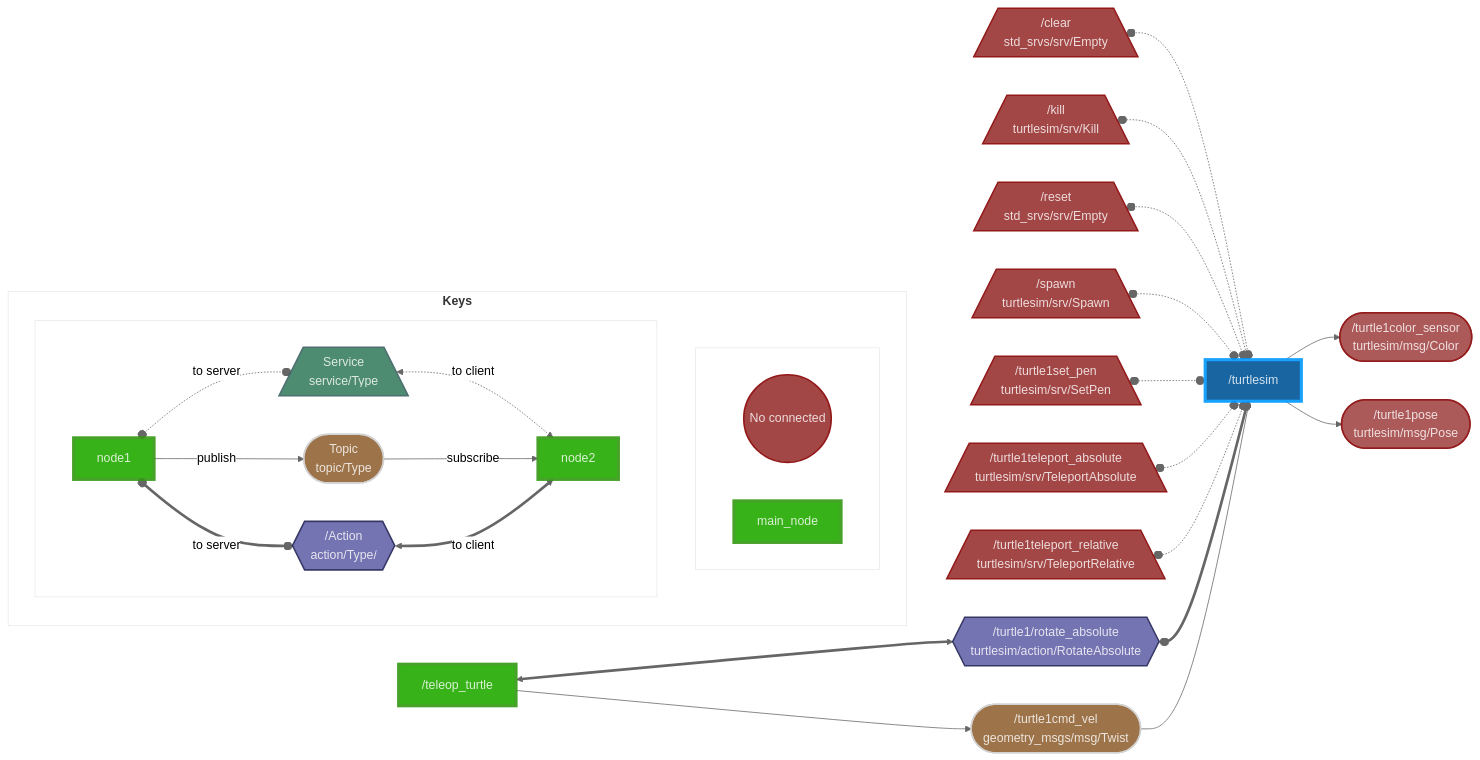
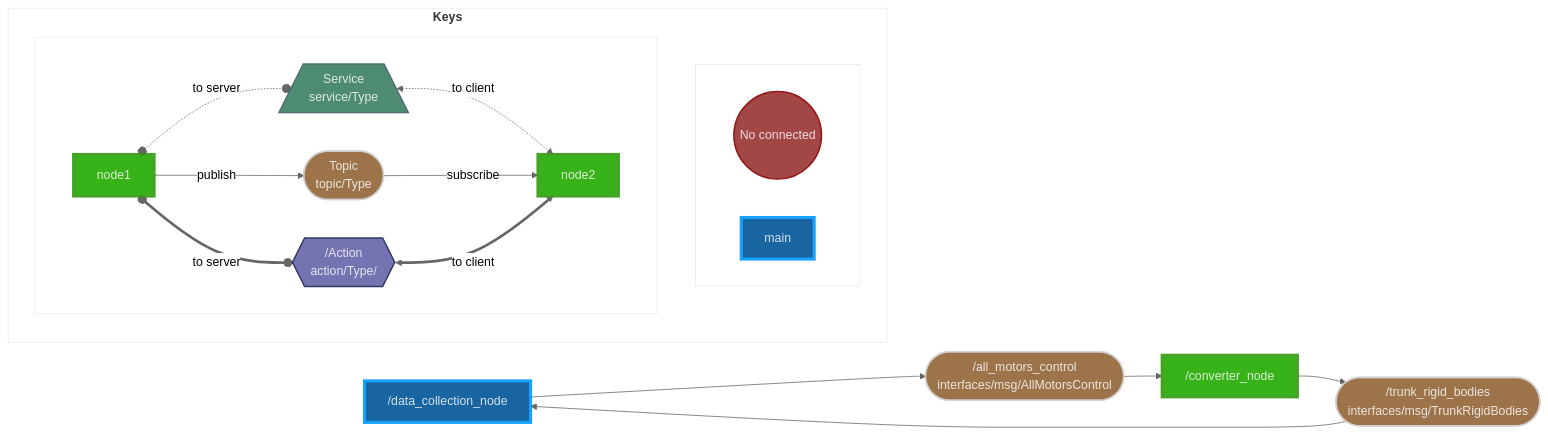
The diagram in docs/software_design.md (StanfordASL/trunk-stack), drawn with Mermaid (neutral theme) before and after one commit. The commit also changed 2 other files, not shown here.

Commit message:
New ros2 graph

````diff
--- a/docs/software_design.md
+++ b/docs/software_design.md
@@ -10,55 +10,43 @@
 ```mermaid
 flowchart LR
 
-/turtlesim:::main
-/teleop_turtle:::node
-/turtle1cmd_vel([/turtle1cmd_vel<br>geometry_msgs/msg/Twist]):::topic
-/turtle1color_sensor([/turtle1color_sensor<br>turtlesim/msg/Color]):::bugged
-/turtle1pose([/turtle1pose<br>turtlesim/msg/Pose]):::bugged
-/clear[//clear<br>std_srvs/srv/Empty\]:::bugged
-/kill[//kill<br>turtlesim/srv/Kill\]:::bugged
-/reset[//reset<br>std_srvs/srv/Empty\]:::bugged
-/spawn[//spawn<br>turtlesim/srv/Spawn\]:::bugged
-/turtle1set_pen[//turtle1set_pen<br>turtlesim/srv/SetPen\]:::bugged
-/turtle1teleport_absolute[//turtle1teleport_absolute<br>turtlesim/srv/TeleportAbsolute\]:::bugged
-/turtle1teleport_relative[//turtle1teleport_relative<br>turtlesim/srv/TeleportRelative\]:::bugged
-/turtle1/rotate_absolute{{/turtle1/rotate_absolute<br>turtlesim/action/RotateAbsolute}}:::action
-/clear o-.-o /turtlesim
-/kill o-.-o /turtlesim
-/reset o-.-o /turtlesim
-/spawn o-.-o /turtlesim
-/turtle1set_pen o-.-o /turtlesim
-/turtle1teleport_absolute o-.-o /turtlesim
-/turtle1teleport_relative o-.-o /turtlesim
-/teleop_turtle <==> /turtle1/rotate_absolute
-/turtle1/rotate_absolute o==o /turtlesim
-/turtle1cmd_vel --> /turtlesim
-/turtlesim --> /turtle1color_sensor
-/turtlesim --> /turtle1pose
-/teleop_turtle --> /turtle1cmd_vel
+/data_collection_node[ /data_collection_node ]:::main
+/converter_node[ /converter_node ]:::node
+/trunk_rigid_bodies([ /trunk_rigid_bodies<br>interfaces/msg/TrunkRigidBodies ]):::topic
+/all_motors_control([ /all_motors_control<br>interfaces/msg/AllMotorsControl ]):::topic
+
+
+/trunk_rigid_bodies --> /data_collection_node
+/all_motors_control --> /converter_node
+/data_collection_node --> /all_motors_control
+/converter_node --> /trunk_rigid_bodies
+
+
+
+
 subgraph keys[<b>Keys<b/>]
 subgraph nodes[<b><b/>]
 topicb((No connected)):::bugged
-main_node:::main_node
+main_node[main]:::main
 end
 subgraph connection[<b><b/>]
-node1:::node
-node2:::node
-node1 o-. to server .-o service[/Service<br>service/Type\]:::service
-service <-. to client .-> node2
-node1 -- publish --> topic([Topic<br>topic/Type]):::topic
-topic -- subscribe --> node2
-node1 o== to server ==o action{{/Action<br>action/Type/}}:::action
-action <== to client ==> node2
+node1[node1]:::node
+node2[node2]:::node
+node1 o-.-o|to server| service[/Service<br>service/Type\]:::service
+service <-.->|to client| node2
+node1 -->|publish| topic([Topic<br>topic/Type]):::topic
+topic -->|subscribe| node2
+node1 o==o|to server| action{{/Action<br>action/Type/}}:::action
+action <==>|to client| node2
 end
 end
 classDef node opacity:0.9,fill:#2A0,stroke:#391,stroke-width:4px,color:#fff
 classDef action opacity:0.9,fill:#66A,stroke:#225,stroke-width:2px,color:#fff
 classDef service opacity:0.9,fill:#3B8062,stroke:#3B6062,stroke-width:2px,color:#fff
 classDef topic opacity:0.9,fill:#852,stroke:#CCC,stroke-width:2px,color:#fff
 classDef main opacity:0.9,fill:#059,stroke:#09F,stroke-width:4px,color:#fff
 classDef bugged opacity:0.9,fill:#933,stroke:#800,stroke-width:2px,color:#fff
 style keys opacity:0.15,fill:#FFF
 style nodes opacity:0.15,fill:#FFF
 style connection opacity:0.15,fill:#FFF
 ```
````
